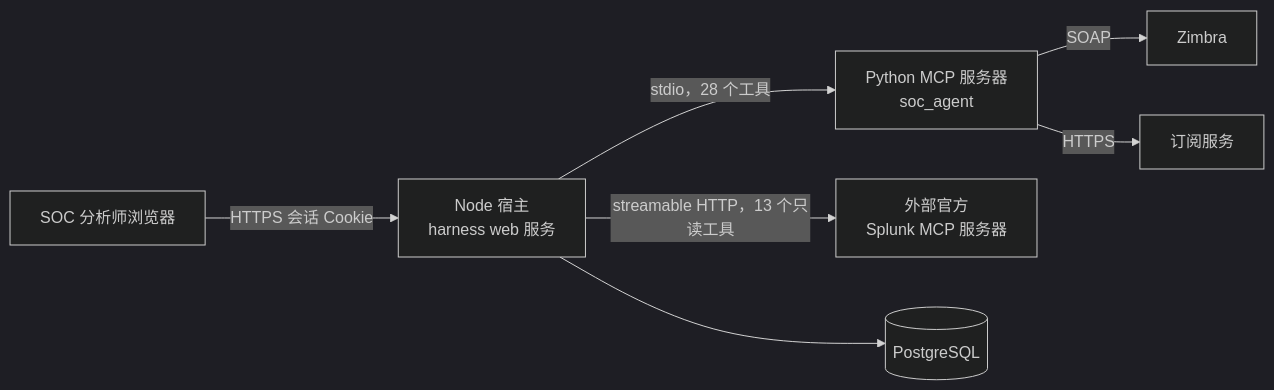
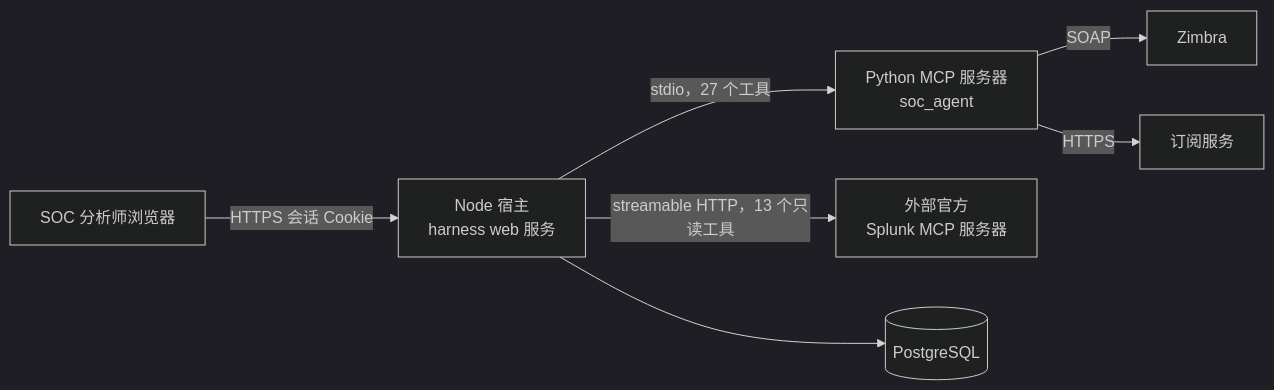
One commit to Benchan691/CITIC_AGENT changed the diagram in docs/zh/README.md. Above: the diagram before and after it, drawn with Mermaid (dark theme). The commit also changed 46 other files, not shown here.

````diff
--- a/docs/zh/README.md
+++ b/docs/zh/README.md
@@ -30,9 +30,9 @@
 ```mermaid
 flowchart LR
     A[SOC 分析师浏览器] -->|HTTPS 会话 Cookie| B[Node 宿主<br/>harness web 服务]
-    B -->|stdio，28 个工具| C[Python MCP 服务器<br/>soc_agent]
+    B -->|stdio，27 个工具| C[Python MCP 服务器<br/>soc_agent]
     C -->|SOAP| Z[Zimbra]
     C -->|HTTPS| S[订阅服务]
     B -->|streamable HTTP，13 个只读工具| SP[外部官方<br/>Splunk MCP 服务器]
     B --> P[(PostgreSQL)]
 ```
````
